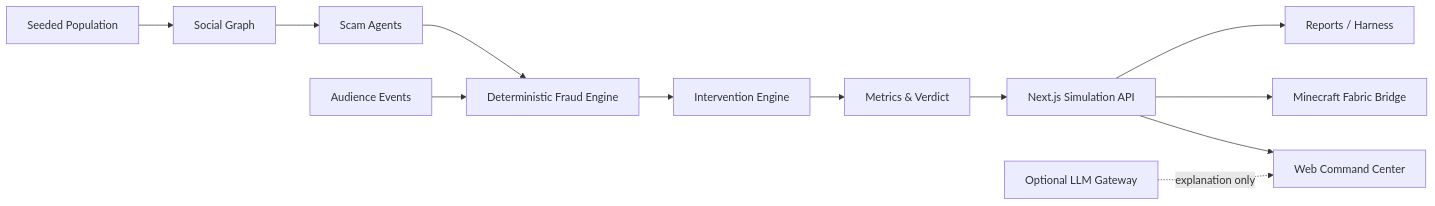
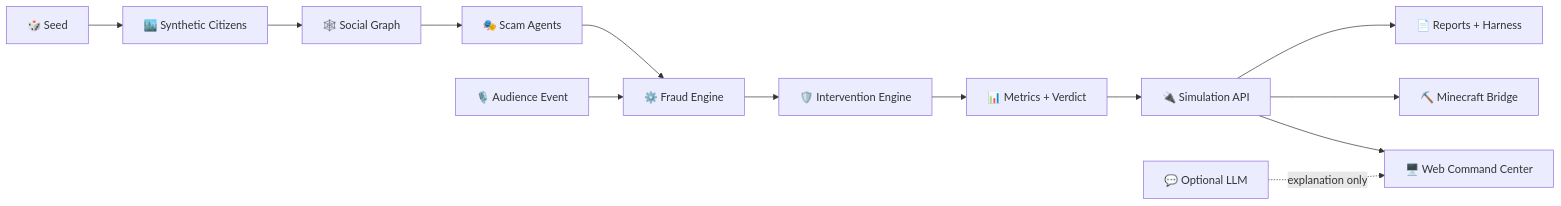
Before and after one commit to lavine888/ScamCity: the diagram in README.md, drawn with Mermaid. The commit also changed other lines of this file and 1 other file, not shown here.

````diff
--- a/README.md
+++ b/README.md
@@ -92,15 +240,16 @@
 ```mermaid
 flowchart LR
-    P[Seeded Population] --> G[Social Graph]
-    G --> S[Scam Agents]
-    S --> E[Deterministic Fraud Engine]
-    A[Audience Events] --> E
-    E --> I[Intervention Engine]
-    I --> M[Metrics & Verdict]
+    Seed[🎲 Seed] --> People[🏙️ Synthetic Citizens]
+    People --> Graph[🕸️ Social Graph]
+    Graph --> Scam[🎭 Scam Agents]
+    Event[🎙️ Audience Event] --> Engine[⚙️ Fraud Engine]
+    Scam --> Engine
+    Engine --> Guard[🛡️ Intervention Engine]
+    Guard --> Result[📊 Metrics + Verdict]
 
-    M --> API[Next.js Simulation API]
-    API --> W[Web Command Center]
-    API --> MC[Minecraft Fabric Bridge]
-    API --> R[Reports / Harness]
-    LLM[Optional LLM Gateway] -. explanation only .-> W
+    Result --> API[🔌 Simulation API]
+    API --> Web[🖥️ Web Command Center]
+    API --> MC[⛏️ Minecraft Bridge]
+    API --> Report[📄 Reports + Harness]
+    LLM[💬 Optional LLM] -. explanation only .-> Web
 ```
````
